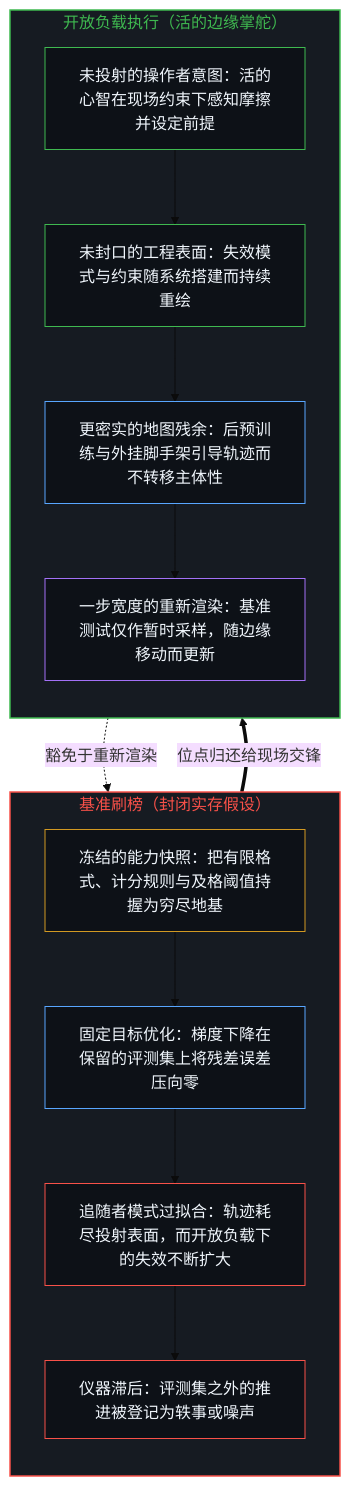
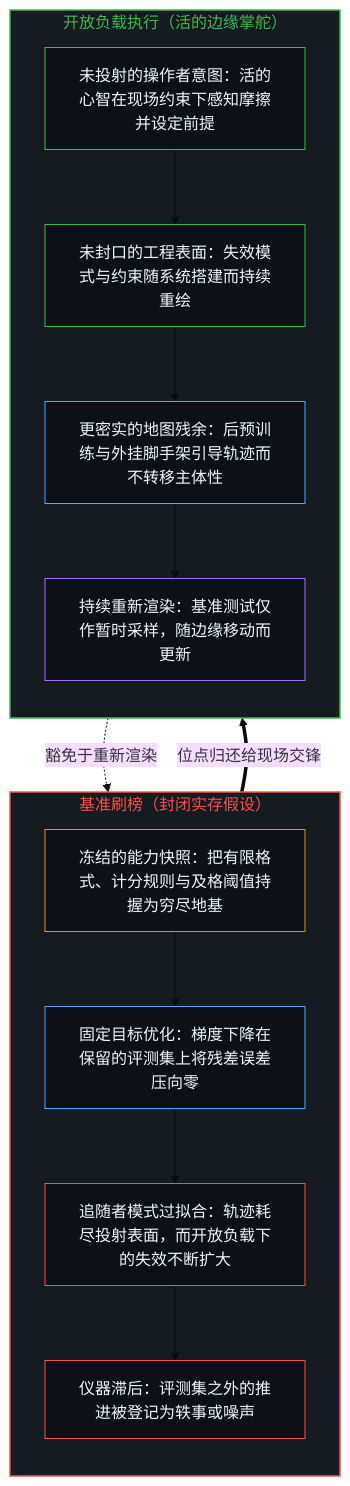
One commit to powerpig99/not-a-toe changed the first of 2 diagrams in content/posts/closed-reality-in-benchmark-maxing.md. Above: the diagram before and after it, drawn with Mermaid (base theme). The commit also changed other lines of this file and 12 other files, not shown here.

````diff
--- a/content/posts/closed-reality-in-benchmark-maxing.md
+++ b/content/posts/closed-reality-in-benchmark-maxing.md
@@ -39,34 +39,34 @@
 ```mermaid
 flowchart TD
     subgraph S_Closed["基准刷榜（封闭实存假设）"]
         direction TB
         C_Snap["冻结的能力快照：把有限格式、计分规则与及格阈值持握为穷尽地基"]
         C_Grad["固定目标优化：梯度下降在保留的评测集上将残差误差压向零"]
         C_Over["追随者模式过拟合：轨迹耗尽投射表面，而开放负载下的失效不断扩大"]
         C_Conceal["仪器滞后：评测集之外的推进被登记为轶事或噪声"]
         C_Snap --> C_Grad --> C_Over --> C_Conceal
     end
 
     subgraph S_Open["开放负载执行（活的边缘掌舵）"]
         direction TB
         O_Edge["未投射的操作者意图：活的心智在现场约束下感知摩擦并设定前提"]
         O_Load["未封口的工程表面：失效模式与约束随系统搭建而持续重绘"]
         O_Dense["更密实的地图残余：后预训练与外挂脚手架引导轨迹而不转移主体性"]
-        O_Return["一步宽度的重新渲染：基准测试仅作暂时采样，随边缘移动而更新"]
+        O_Return["持续重新渲染：基准测试仅作暂时采样，随边缘移动而更新"]
         O_Edge --> O_Load --> O_Dense --> O_Return
     end
 
     O_Return -.->|"豁免于重新渲染"| C_Snap
     C_Conceal ==>|"位点归还给现场交锋"| O_Edge
 
     style S_Closed fill:#161b22,stroke:#f85149,stroke-width:1.5px,color:#f85149
     style S_Open fill:#161b22,stroke:#3fb950,stroke-width:1.5px,color:#3fb950
     style C_Snap fill:#0d1117,stroke:#d29922,stroke-width:1px,color:#f0f6fc
     style C_Grad fill:#0d1117,stroke:#58a6ff,stroke-width:1px,color:#f0f6fc
     style C_Over fill:#0d1117,stroke:#f85149,stroke-width:1px,color:#f0f6fc
     style C_Conceal fill:#0d1117,stroke:#f85149,stroke-width:1px,color:#f0f6fc
     style O_Edge fill:#0d1117,stroke:#3fb950,stroke-width:1px,color:#f0f6fc
     style O_Load fill:#0d1117,stroke:#3fb950,stroke-width:1px,color:#f0f6fc
     style O_Dense fill:#0d1117,stroke:#58a6ff,stroke-width:1px,color:#f0f6fc
     style O_Return fill:#0d1117,stroke:#a371f7,stroke-width:1px,color:#f0f6fc
 ```
````
